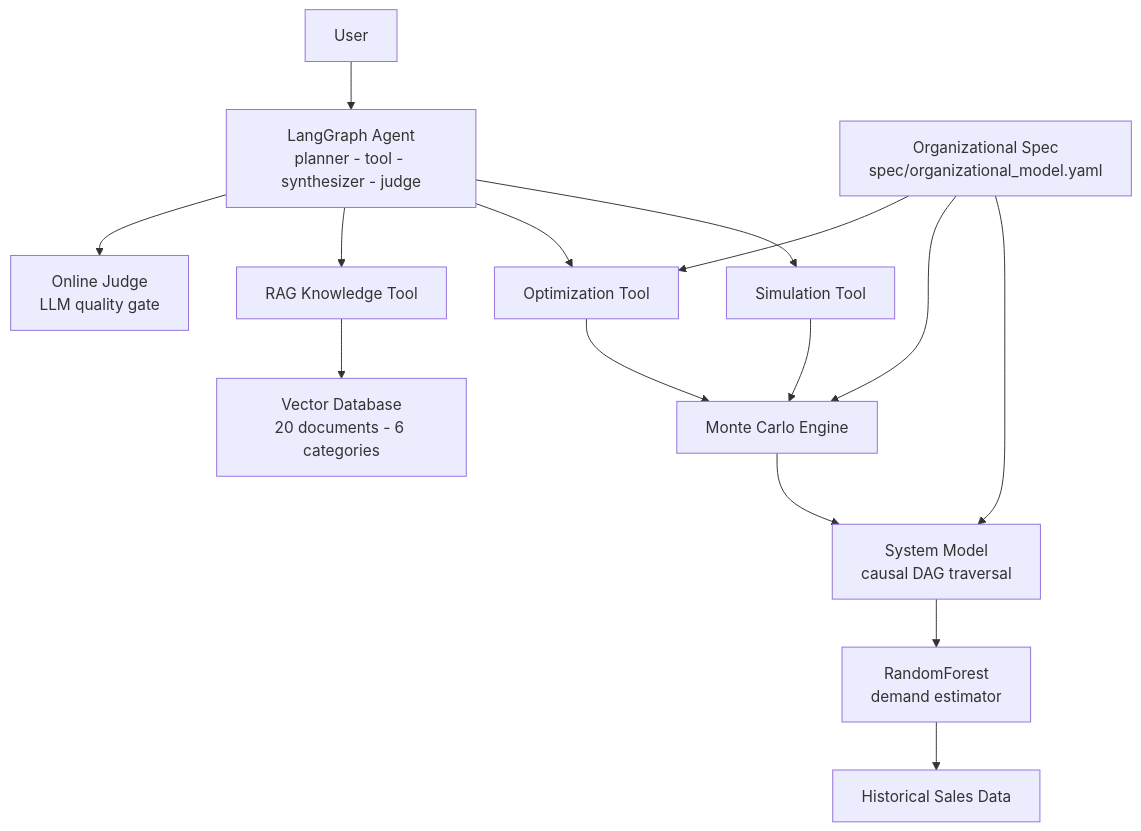
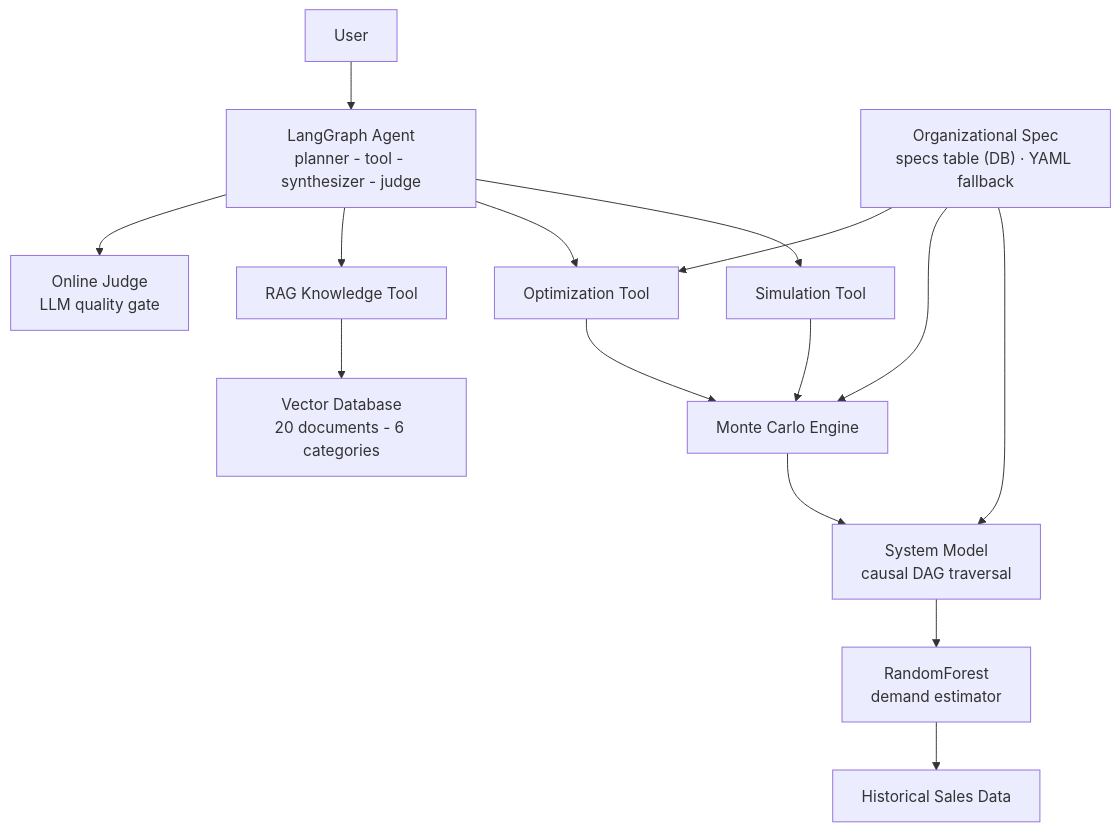
Before and after one commit to gmateosAWS/decision-intelligence-agent: the first of 3 diagrams in README.md, drawn with Mermaid. The commit also changed other lines of this file, not shown here.

First line of the commit message:
[docs] Update README after Paquete 1A (Postgres, pgvector, spec as data)

````diff
--- a/README.md
+++ b/README.md
@@ -104,39 +104,39 @@
 ```mermaid
 flowchart TD
     User[User]
     Agent["LangGraph Agent
 planner - tool - synthesizer - judge"]
     Spec["Organizational Spec
-spec/organizational_model.yaml"]
+specs table (DB) · YAML fallback"]
     SimTool[Simulation Tool]
     OptTool[Optimization Tool]
     KnowTool[RAG Knowledge Tool]
     SimEngine[Monte Carlo Engine]
     VectorDB["Vector Database
 20 documents - 6 categories"]
     SystemModel["System Model
 causal DAG traversal"]
     MLModel["RandomForest
 demand estimator"]
     Judge["Online Judge
 LLM quality gate"]
     Data[Historical Sales Data]
 
     User --> Agent
     Spec --> SystemModel
     Spec --> SimEngine
     Spec --> OptTool
 
     Agent --> SimTool
     Agent --> OptTool
     Agent --> KnowTool
     Agent --> Judge
 
     SimTool --> SimEngine
     OptTool --> SimEngine
     KnowTool --> VectorDB
 
     SimEngine --> SystemModel
     SystemModel --> MLModel
     MLModel --> Data
 ```
````
